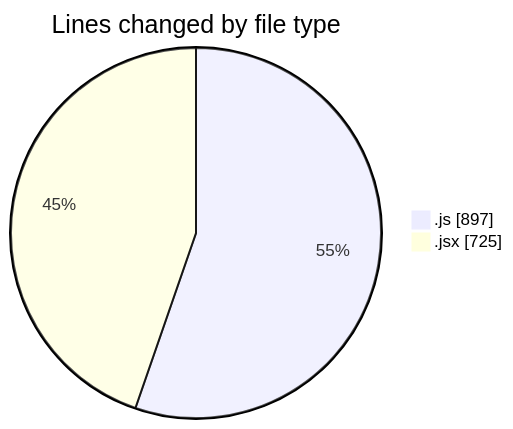
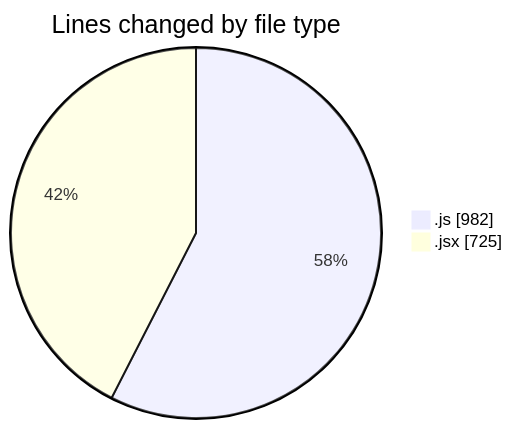
The first of 2 diagrams in 2025-05-29/nxtqube_webapp/README.md (nxtqubesakshisongat/code-tracking), drawn with Mermaid before and after one commit. The commit also changed other lines of this file and 1 other file, not shown here.

````diff
--- a/2025-05-29/nxtqube_webapp/README.md
+++ b/2025-05-29/nxtqube_webapp/README.md
@@ -32,6 +32,6 @@
 ```mermaid
 pie showData
 title Lines changed by file type
-".js" : 897
+".js" : 982
 ".jsx" : 725
 ```
````
